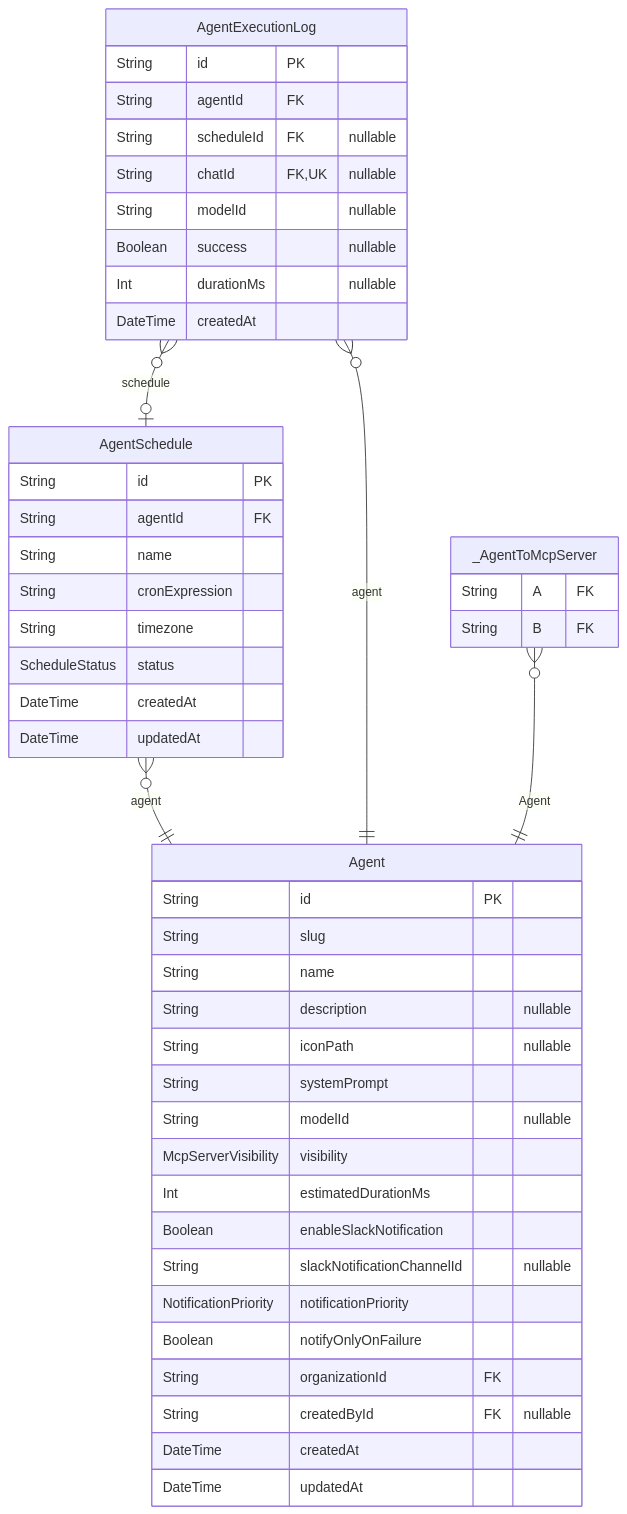
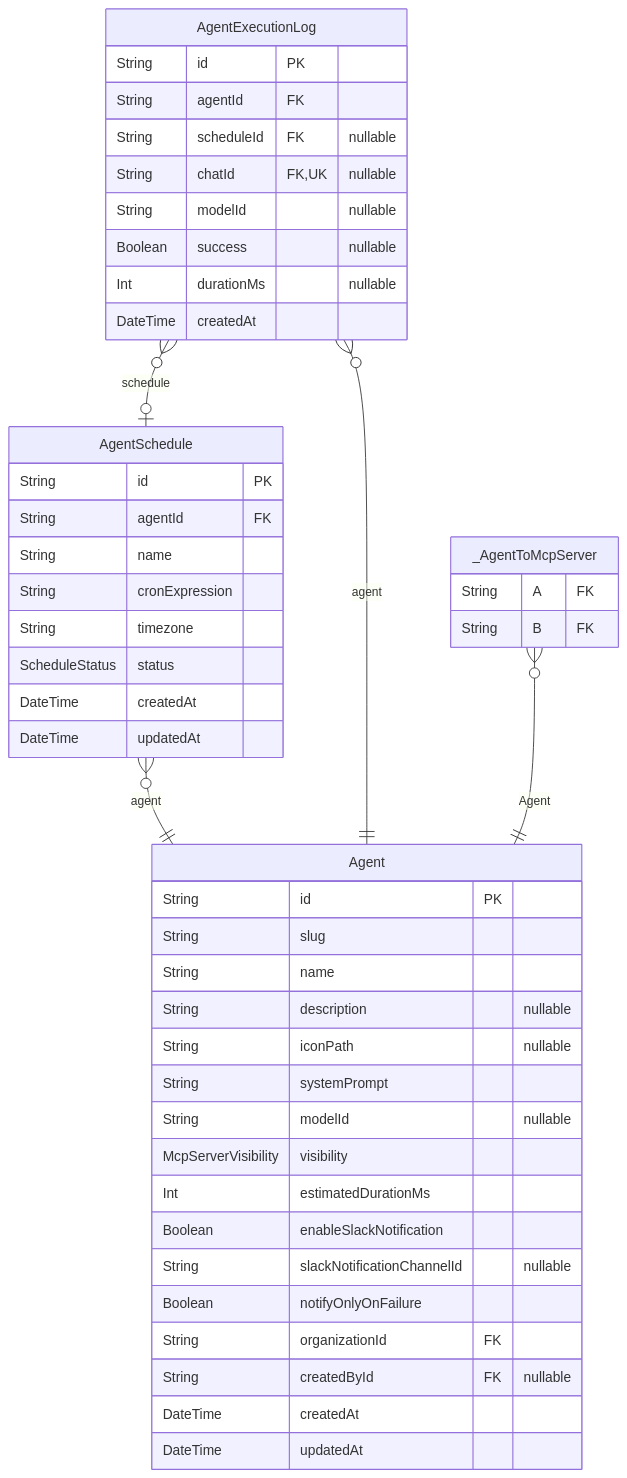
The first of 10 diagrams in packages/db/prisma/README.md (rayven122/tumiki), drawn with Mermaid before and after one commit. The commit also changed other lines of this file and 25 other files, not shown here.

First line of the commit message:
feat(db): add Slack integration fields to Organization and Agent schemas

````diff
--- a/packages/db/prisma/README.md
+++ b/packages/db/prisma/README.md
@@ -18,50 +16,49 @@
 ```mermaid
 erDiagram
 "Agent" {
   String id PK
   String slug
   String name
   String description "nullable"
   String iconPath "nullable"
   String systemPrompt
   String modelId "nullable"
   McpServerVisibility visibility
   Int estimatedDurationMs
   Boolean enableSlackNotification
   String slackNotificationChannelId "nullable"
-  NotificationPriority notificationPriority
   Boolean notifyOnlyOnFailure
   String organizationId FK
   String createdById FK "nullable"
   DateTime createdAt
   DateTime updatedAt
 }
 "AgentSchedule" {
   String id PK
   String agentId FK
   String name
   String cronExpression
   String timezone
   ScheduleStatus status
   DateTime createdAt
   DateTime updatedAt
 }
 "AgentExecutionLog" {
   String id PK
   String agentId FK
   String scheduleId FK "nullable"
   String chatId FK,UK "nullable"
   String modelId "nullable"
   Boolean success "nullable"
   Int durationMs "nullable"
   DateTime createdAt
 }
 "_AgentToMcpServer" {
   String A FK
   String B FK
 }
 "AgentSchedule" }o--|| "Agent" : agent
 "AgentExecutionLog" }o--|| "Agent" : agent
 "AgentExecutionLog" }o--o| "AgentSchedule" : schedule
 "_AgentToMcpServer" }o--|| "Agent" : Agent
 ```
````
